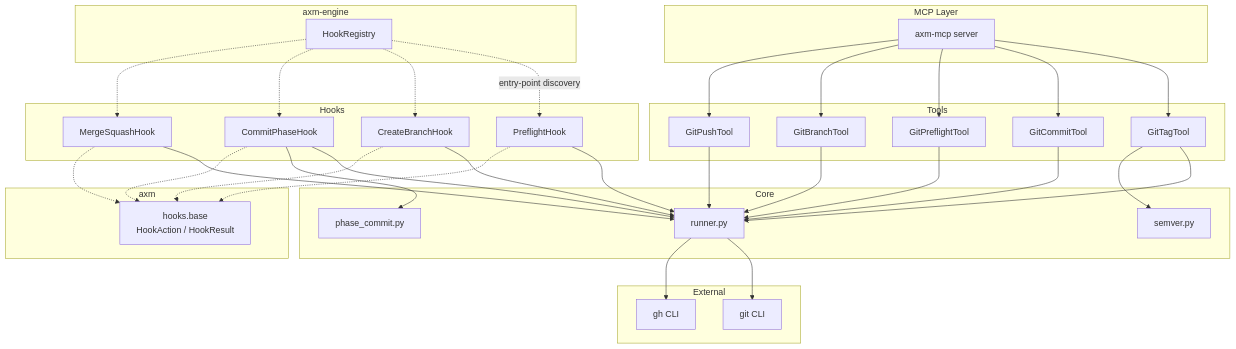
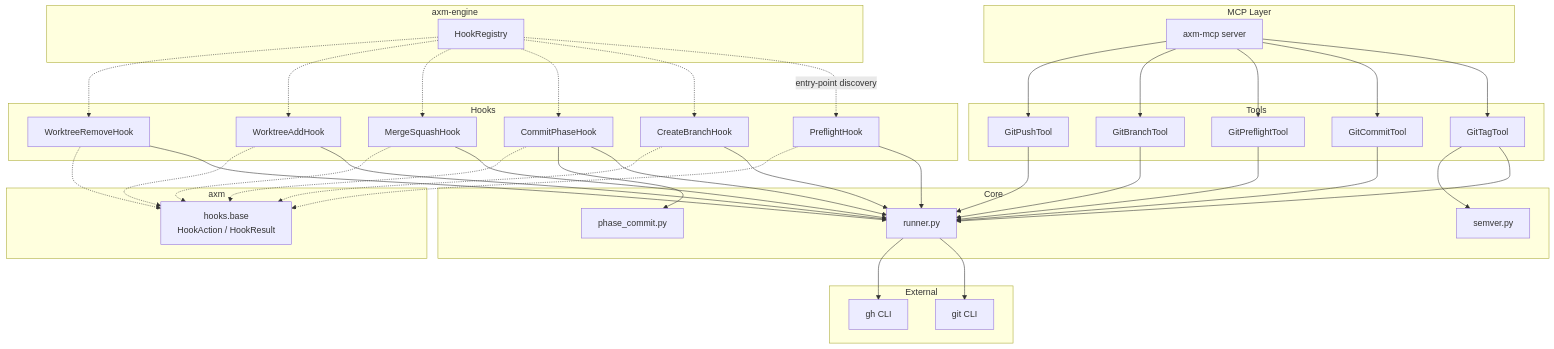
The diagram in packages/axm-git/docs/explanation/architecture.md (axm-protocols/axm-forge), drawn with Mermaid before and after one commit. The commit also changed other lines of this file and 10 other files, not shown here.

````diff
--- a/packages/axm-git/docs/explanation/architecture.md
+++ b/packages/axm-git/docs/explanation/architecture.md
@@ -7,67 +7,75 @@
 ```mermaid
 graph TD
     subgraph "MCP Layer"
         MCP["axm-mcp server"]
     end
 
     subgraph "Tools"
         Tag["GitTagTool"]
         Commit["GitCommitTool"]
         Preflight["GitPreflightTool"]
         Branch["GitBranchTool"]
         Push["GitPushTool"]
     end
 
     subgraph "Hooks"
         PF["PreflightHook"]
         CB["CreateBranchHook"]
         CP["CommitPhaseHook"]
         MS["MergeSquashHook"]
+        WA["WorktreeAddHook"]
+        WR["WorktreeRemoveHook"]
     end
 
     subgraph "Core"
         Runner["runner.py"]
         Semver["semver.py"]
         PhaseCommit["phase_commit.py"]
     end
 
     subgraph "External"
         Git["git CLI"]
         GH["gh CLI"]
     end
 
     subgraph "axm"
         HookBase["hooks.base<br>HookAction / HookResult"]
     end
 
     subgraph "axm-engine"
         Registry["HookRegistry"]
     end
 
     MCP --> Tag
     MCP --> Commit
     MCP --> Preflight
     MCP --> Branch
     MCP --> Push
     Tag --> Runner
     Tag --> Semver
     Commit --> Runner
     Preflight --> Runner
     Branch --> Runner
     Push --> Runner
     PF --> Runner
     CB --> Runner
     CP --> Runner
     CP --> PhaseCommit
     MS --> Runner
+    WA --> Runner
+    WR --> Runner
     Runner --> Git
     Runner --> GH
     PF -.-> HookBase
     CB -.-> HookBase
     CP -.-> HookBase
     MS -.-> HookBase
+    WA -.-> HookBase
+    WR -.-> HookBase
     Registry -.->|"entry-point discovery"| PF
     Registry -.-> CB
     Registry -.-> CP
     Registry -.-> MS
+    Registry -.-> WA
+    Registry -.-> WR
 ```
````
